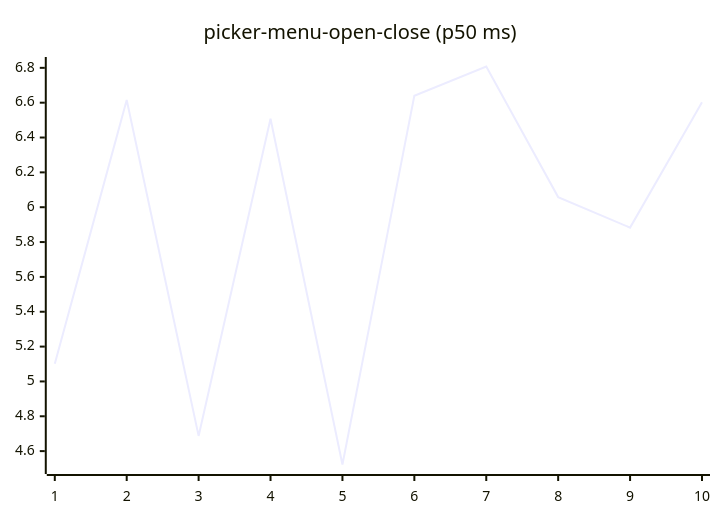
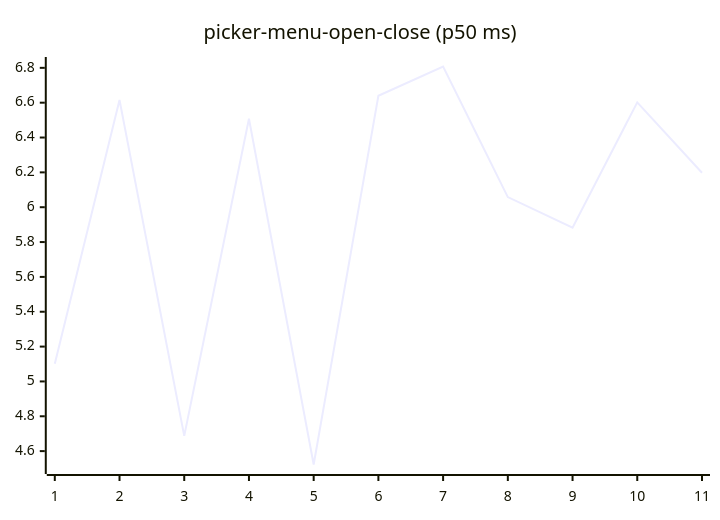
One commit to josha/Facet changed diagram 16 of 27 in README.md. Above: the diagram before and after it, drawn with Mermaid. The commit also changed other lines of this file and 2 other files, not shown here.

````diff
--- a/README.md
+++ b/README.md
@@ -168,6 +168,6 @@
 ```mermaid
 xychart-beta
     title "picker-menu-open-close (p50 ms)"
-    x-axis 1 --> 10
-    line [5.1020, 6.6154, 4.6873, 6.5076, 4.5232, 6.6400, 6.8077, 6.0581, 5.8829, 6.6018]
+    x-axis 1 --> 11
+    line [5.1020, 6.6154, 4.6873, 6.5076, 4.5232, 6.6400, 6.8077, 6.0581, 5.8829, 6.6018, 6.1978]
 ```
````
